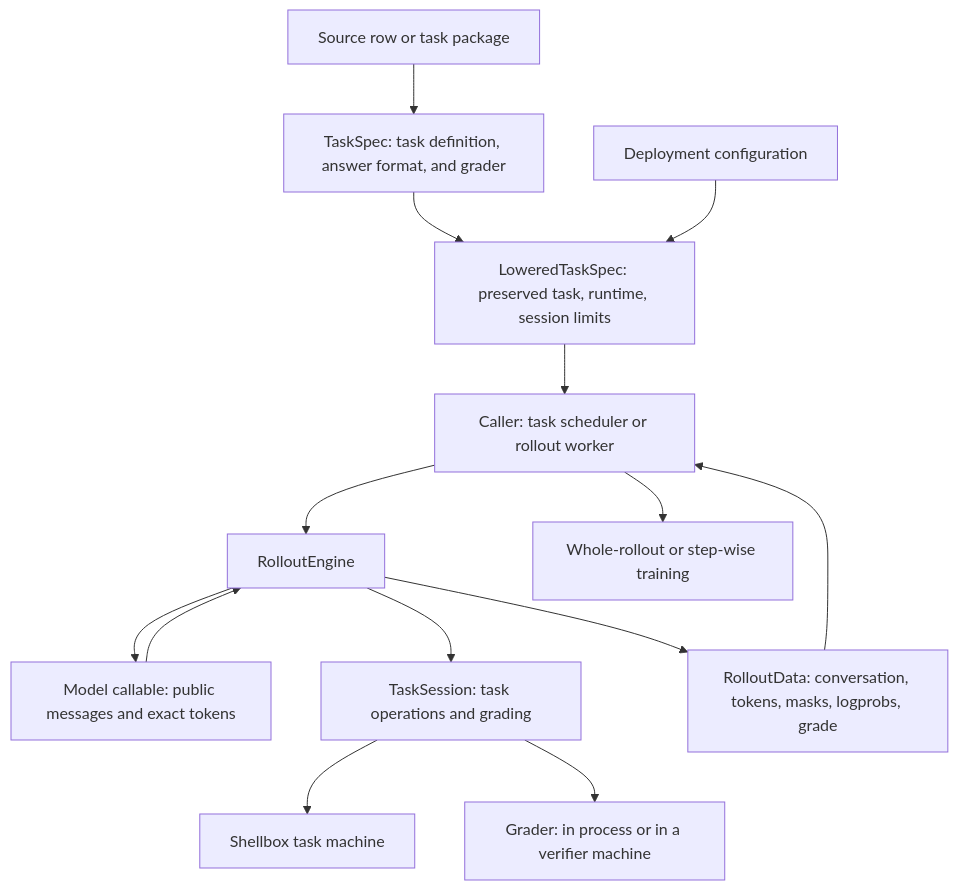
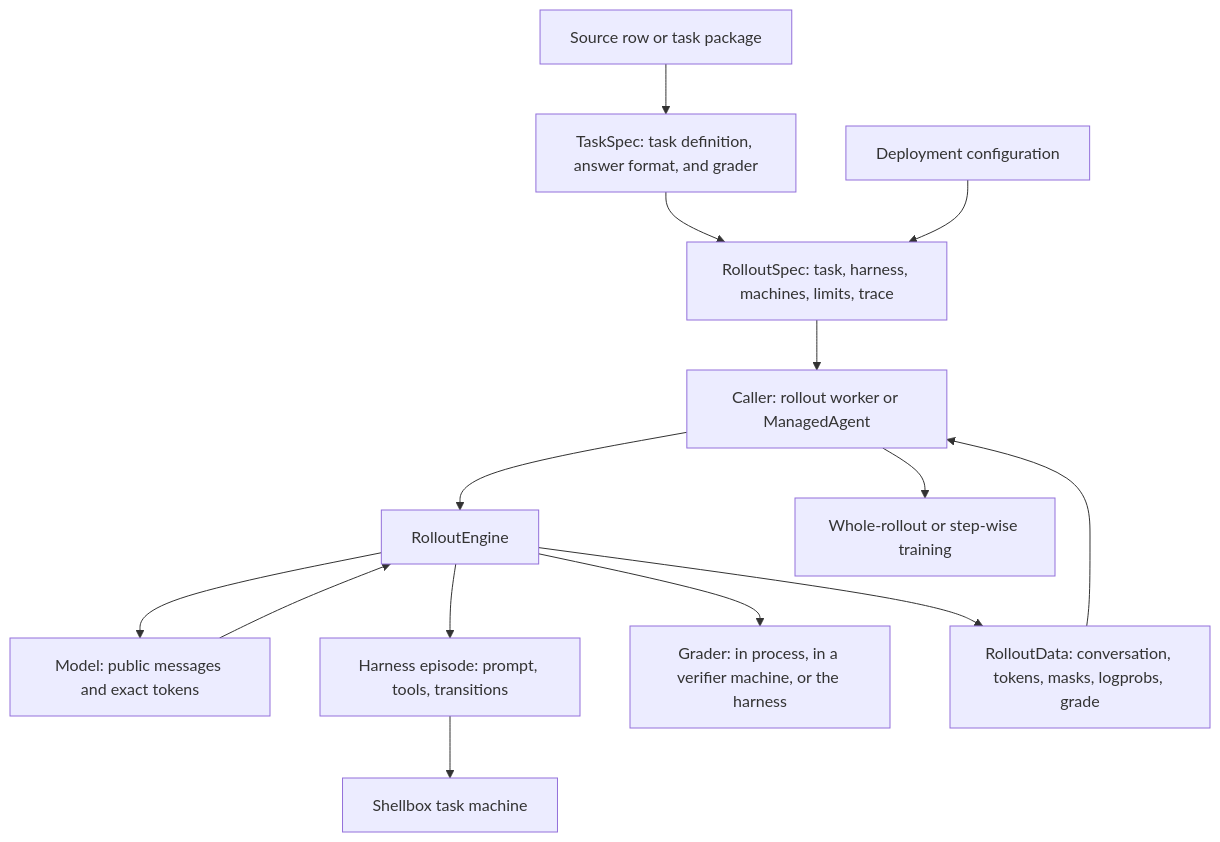
The first of 2 diagrams in docs/references/task-rollouts.md (marin-community/marin), drawn with Mermaid before and after one commit. The commit also changed other lines of this file and 23 other files, not shown here.

````diff
--- a/docs/references/task-rollouts.md
+++ b/docs/references/task-rollouts.md
@@ -9,16 +10,16 @@
 ```mermaid
 flowchart TD
     Source[Source row or task package] --> Task[TaskSpec: task definition, answer format, and grader]
-    Task --> Lower[LoweredTaskSpec: preserved task, runtime, session limits]
-    Config[Deployment configuration] --> Lower
-    Lower --> Worker[Caller: task scheduler or rollout worker]
-    Worker --> Engine[RolloutEngine]
-    Engine --> Model[Model callable: public messages and exact tokens]
+    Task --> Spec[RolloutSpec: task, harness, machines, limits, trace]
+    Config[Deployment configuration] --> Spec
+    Spec --> Caller[Caller: rollout worker or ManagedAgent]
+    Caller --> Engine[RolloutEngine]
+    Engine --> Model[Model: public messages and exact tokens]
     Model --> Engine
-    Engine --> Session[TaskSession: task operations and grading]
-    Session --> Machine[Shellbox task machine]
-    Session --> Grader[Grader: in process or in a verifier machine]
+    Engine --> Episode[Harness episode: prompt, tools, transitions]
+    Episode --> Machine[Shellbox task machine]
+    Engine --> Grader[Grader: in process, in a verifier machine, or the harness]
     Engine --> Record[RolloutData: conversation, tokens, masks, logprobs, grade]
-    Record --> Worker
-    Worker --> Train[Whole-rollout or step-wise training]
+    Record --> Caller
+    Caller --> Train[Whole-rollout or step-wise training]
 ```
````
